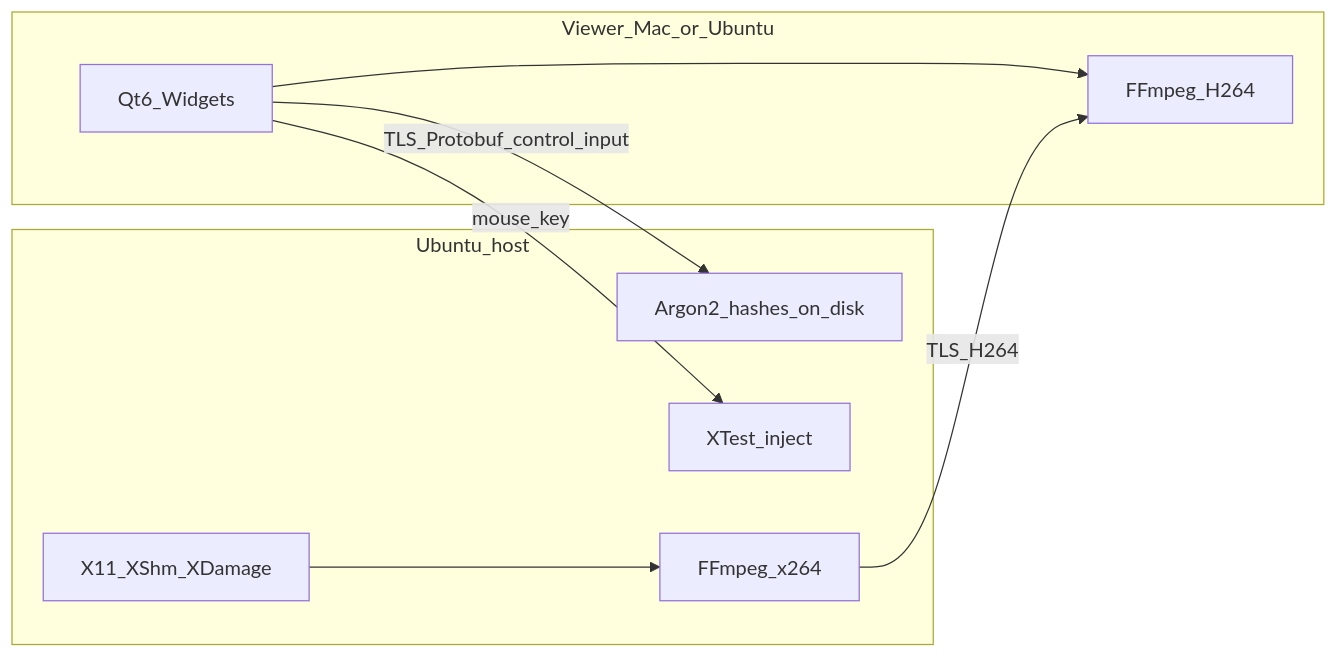
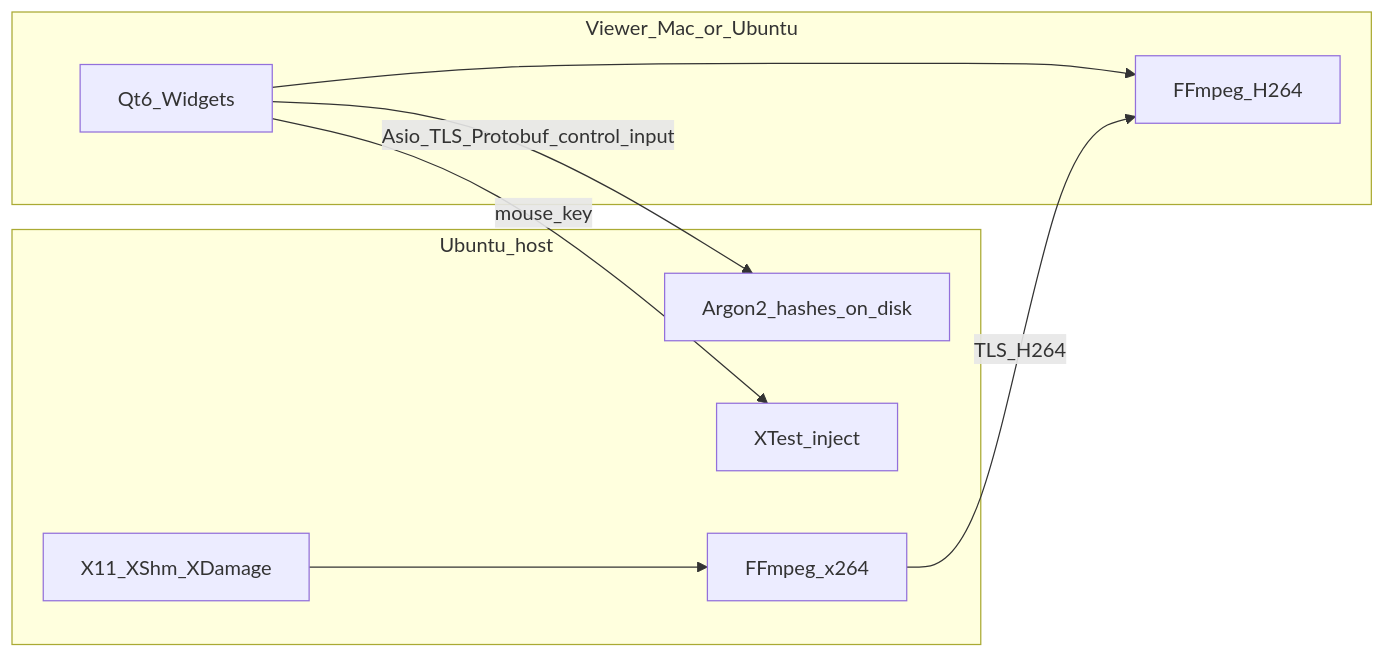
One commit to ArmaghanAsghar/TeamViewer changed the diagram in .cursor/brain/DECISIONS.md. Above: the diagram before and after it, drawn with Mermaid. The commit also changed other lines of this file and 50 other files, not shown here.

````diff
--- a/.cursor/brain/DECISIONS.md
+++ b/.cursor/brain/DECISIONS.md
@@ -51,18 +51,18 @@
 ```mermaid
 flowchart LR
   subgraph viewer [Viewer_Mac_or_Ubuntu]
     QtUI[Qt6_Widgets]
     Decode[FFmpeg_H264]
     QtUI --> Decode
   end
   subgraph host [Ubuntu_host]
     Capture[X11_XShm_XDamage]
     Encode[FFmpeg_x264]
     Inject[XTest_inject]
     Creds[Argon2_hashes_on_disk]
     Capture --> Encode
   end
-  QtUI -->|"TLS_Protobuf_control_input"| Creds
+  QtUI -->|"Asio_TLS_Protobuf_control_input"| Creds
   Encode -->|"TLS_H264"| Decode
   QtUI -->|"mouse_key"| Inject
 ```
````
